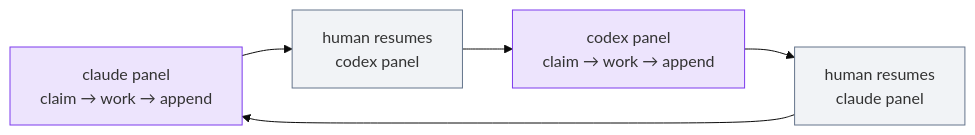
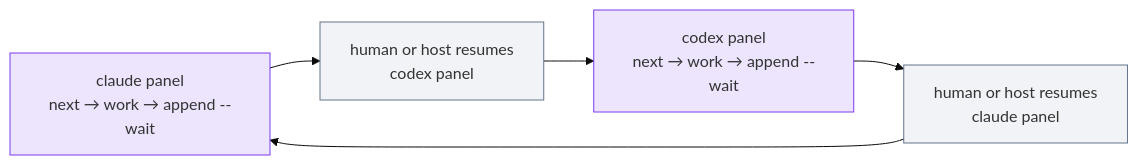
The diagram in docs/guide/vscode.md (M8Shift/m8shift.github.io), drawn with Mermaid (base theme) before and after one commit. The commit also changed other lines of this file and 37 other files, not shown here.

````diff
--- a/docs/guide/vscode.md
+++ b/docs/guide/vscode.md
@@ -8,11 +8,11 @@
 ```mermaid
 flowchart LR
-    CW["claude panel<br/>claim → work → append"] --> H1["human resumes<br/>codex panel"]
-    H1 --> XW["codex panel<br/>claim → work → append"]
-    XW --> H2["human resumes<br/>claude panel"]
+    CW["claude panel<br/>next → work → append --wait"] --> H1["human or host resumes<br/>codex panel"]
+    H1 --> XW["codex panel<br/>next → work → append --wait"]
+    XW --> H2["human or host resumes<br/>claude panel"]
     H2 --> CW
     classDef agent fill:#7c3aed22,stroke:#7c3aed;
     classDef wait fill:#94a3b822,stroke:#64748b;
     class CW,XW agent;
     class H1,H2 wait;
 ```
````
